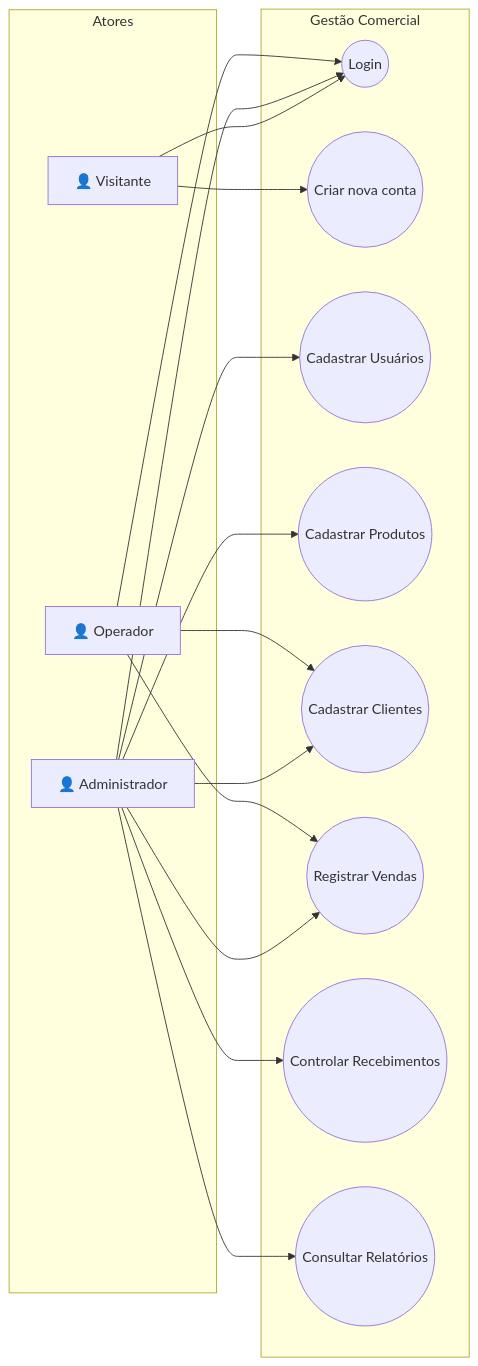
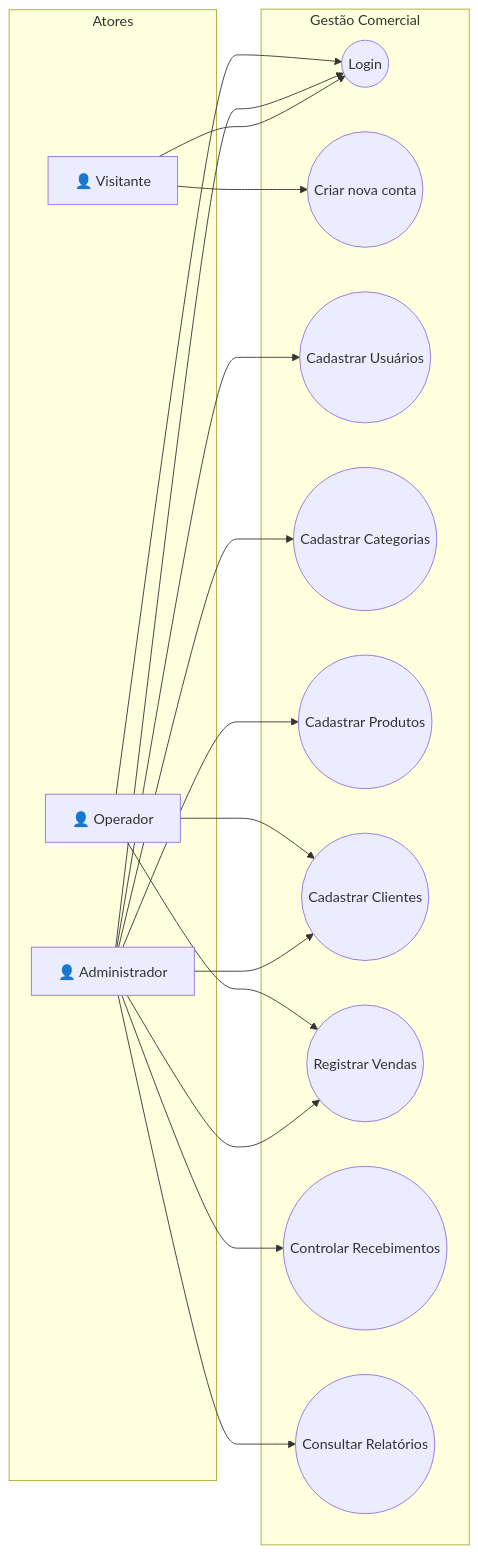
The first of 9 diagrams in documentacao/DIAGRAMAS.md (EduardoHenrrykSimonato/sistema-gestao-comercial), drawn with Mermaid before and after one commit. The commit also changed other lines of this file and 25 other files, not shown here.

````diff
--- a/documentacao/DIAGRAMAS.md
+++ b/documentacao/DIAGRAMAS.md
@@ -5,34 +5,36 @@
 ```mermaid
 flowchart LR
     subgraph Atores
         Visitante["👤 Visitante"]
         Admin["👤 Administrador"]
         Op["👤 Operador"]
     end
 
     subgraph Sistema ["Gestão Comercial"]
         UC_Login(("Login"))
         UC_CriarConta(("Criar nova conta"))
         UC_CadUsu(("Cadastrar Usuários"))
+        UC_CadCat(("Cadastrar Categorias"))
         UC_CadProd(("Cadastrar Produtos"))
         UC_CadCli(("Cadastrar Clientes"))
         UC_Venda(("Registrar Vendas"))
         UC_Receber(("Controlar Recebimentos"))
         UC_Relat(("Consultar Relatórios"))
     end
 
     Visitante --> UC_Login
     Visitante --> UC_CriarConta
 
     Admin --> UC_Login
     Admin --> UC_CadUsu
+    Admin --> UC_CadCat
     Admin --> UC_CadProd
     Admin --> UC_CadCli
     Admin --> UC_Venda
     Admin --> UC_Receber
     Admin --> UC_Relat
 
     Op --> UC_Login
     Op --> UC_CadCli
     Op --> UC_Venda
 ```
````
